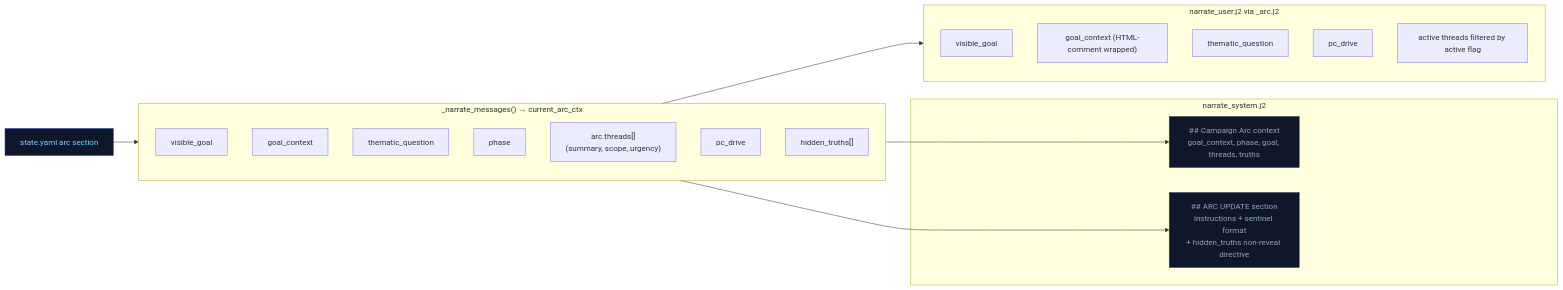
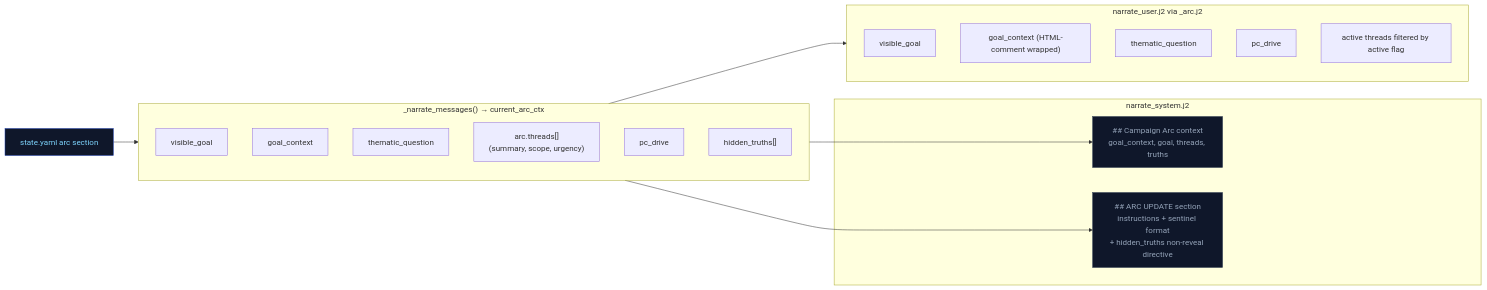
One commit to pww217/fablethread changed the third of 4 diagrams in docs/architecture/campaign-arcs.md. Above: the diagram before and after it, drawn with Mermaid. The commit also changed other lines of this file and 34 other files, not shown here.

````diff
--- a/docs/architecture/campaign-arcs.md
+++ b/docs/architecture/campaign-arcs.md
@@ -137,34 +139,33 @@
 ```mermaid
 flowchart LR
     classDef stateNode fill:#0f172a,color:#7dd3fc,stroke:#1e40af
     classDef ctxNode fill:#3b0764,color:#e9d5ff,stroke:#7c3aed
     classDef llmNode fill:#0f172a,color:#94a3b8,stroke:#334155
 
     STATE["state.yaml arc section"]:::stateNode
 
     subgraph CONTEXT["_narrate_messages() → current_arc_ctx"]
         C1["visible_goal"]
         C2["goal_context"]
         C3["thematic_question"]
-        C4["phase"]
         C5["arc.threads[]<br>(summary, scope, urgency)"]
         C6["pc_drive"]
         C7["hidden_truths[]"]
     end
 
     subgraph PROMPT["narrate_system.j2"]
-        P1["## Campaign Arc context<br>goal_context, phase, goal, threads, truths"]:::llmNode
+        P1["## Campaign Arc context<br>goal_context, goal, threads, truths"]:::llmNode
         P2["## ARC UPDATE section<br>instructions + sentinel format<br>+ hidden_truths non-reveal directive"]:::llmNode
     end
 
     subgraph USER_PROMPT["narrate_user.j2 via _arc.j2"]
         U1["visible_goal"]
         U2["goal_context (HTML-comment wrapped)"]
         U3["thematic_question"]
         U4["pc_drive"]
         U5["active threads filtered by active flag"]
     end
 
     STATE --> CONTEXT
     CONTEXT --> P1 & P2 & USER_PROMPT
 ```
````
